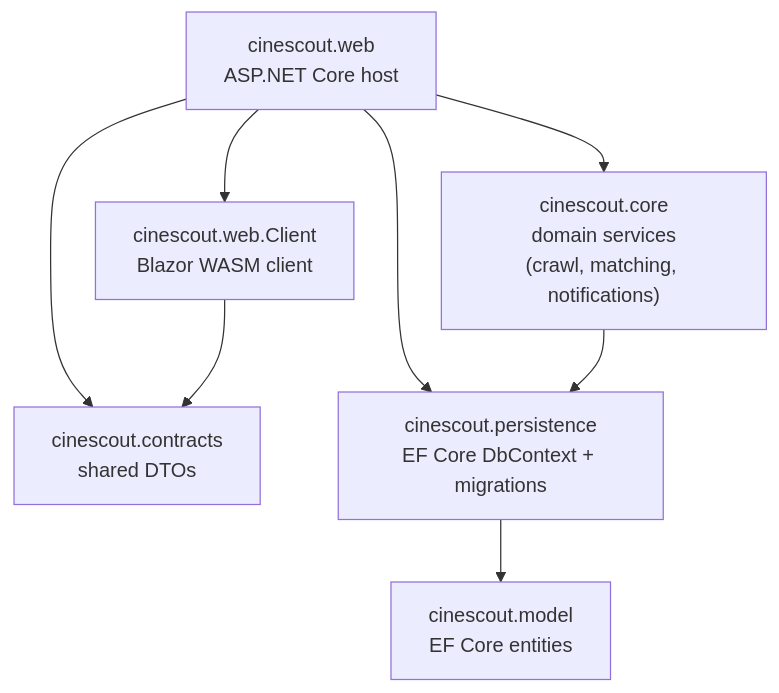
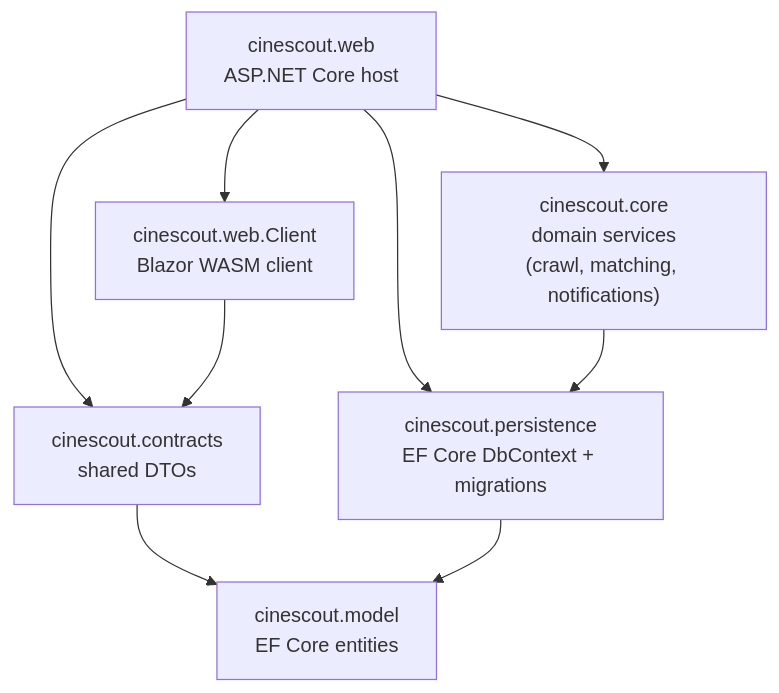
Before and after one commit to peterderkoala/cinescout: the diagram in README.md, drawn with Mermaid. The commit also changed other lines of this file and 23 other files, not shown here.

````diff
--- a/README.md
+++ b/README.md
@@ -40,17 +40,18 @@
 ```mermaid
 graph TD
     web["cinescout.web<br/>ASP.NET Core host"]
     webclient["cinescout.web.Client<br/>Blazor WASM client"]
     core["cinescout.core<br/>domain services<br/>(crawl, matching, notifications)"]
     contracts["cinescout.contracts<br/>shared DTOs"]
     persistence["cinescout.persistence<br/>EF Core DbContext + migrations"]
     model["cinescout.model<br/>EF Core entities"]
 
     web --> webclient
     web --> core
     web --> persistence
     web --> contracts
     webclient --> contracts
+    contracts --> model
     core --> persistence
     persistence --> model
 ```
````
